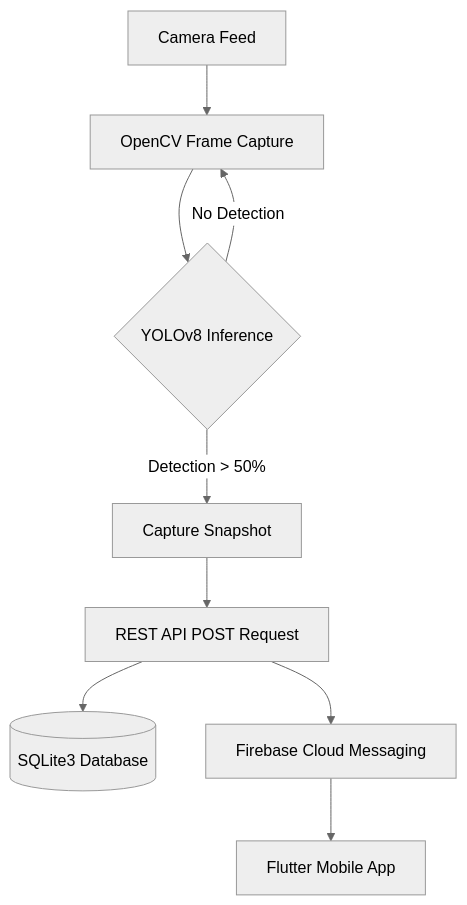
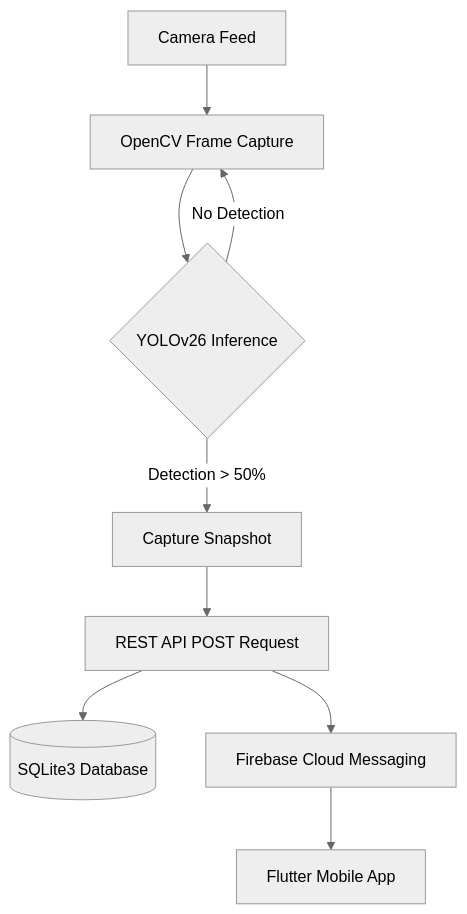
One commit to mostafaabdoelgohary2003AI/FireGuard-Documentation changed the first of 5 diagrams in docs/system_foundation_document.md. Above: the diagram before and after it, drawn with Mermaid (neutral theme). The commit also changed other lines of this file, not shown here.

````diff
--- a/docs/system_foundation_document.md
+++ b/docs/system_foundation_document.md
@@ -53,11 +53,11 @@
 ```mermaid
 graph TD
     A[Camera Feed] --> B[OpenCV Frame Capture]
-    B --> C{YOLOv8 Inference}
+    B --> C{YOLOv26 Inference}
     C -- Detection > 50% --> D[Capture Snapshot]
     C -- No Detection --> B
     D --> E[REST API POST Request]
     E --> F[(SQLite3 Database)]
     E --> G[Firebase Cloud Messaging]
     G --> H[Flutter Mobile App]
 ```
````
